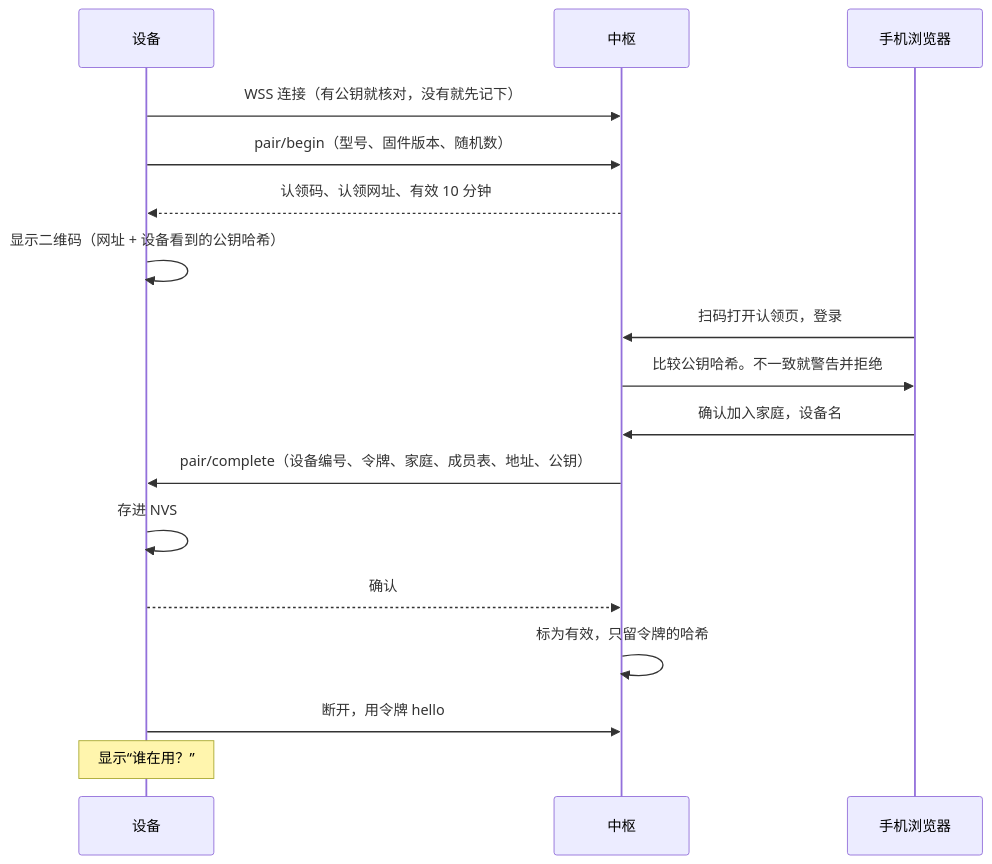
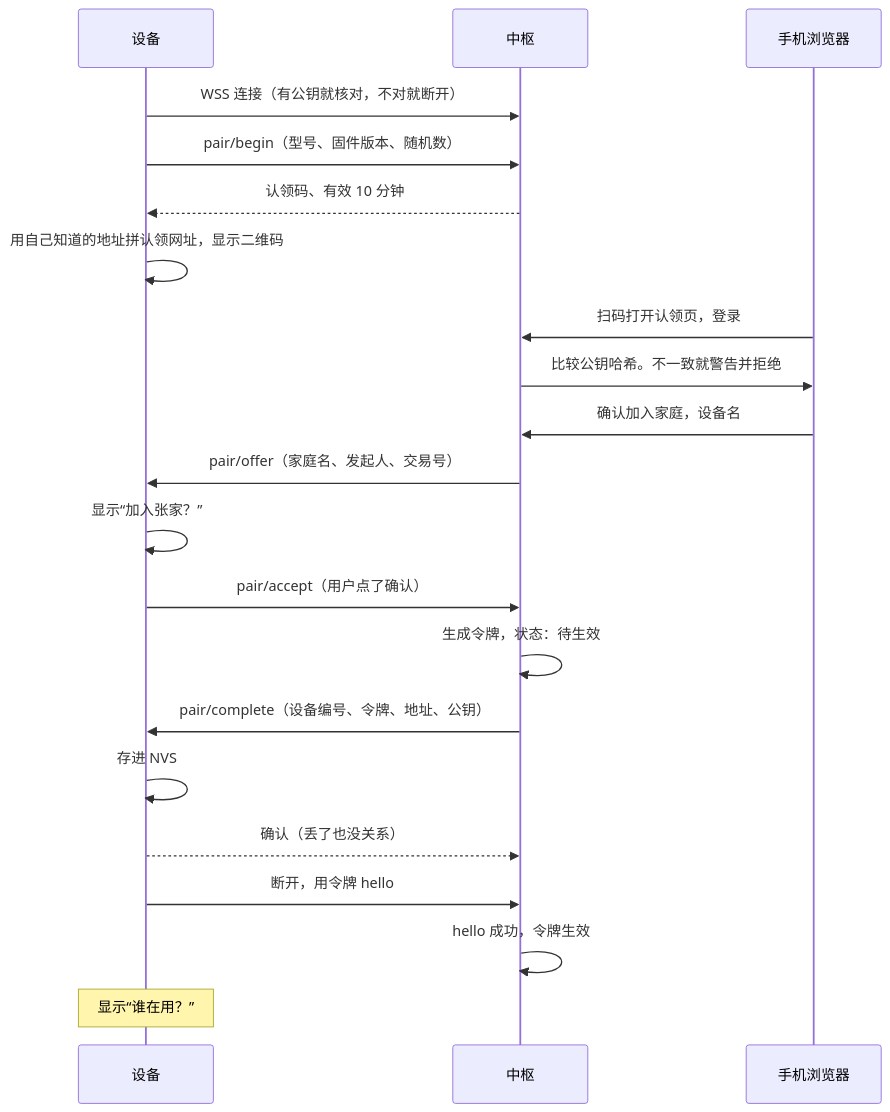
Diagram 12 of 16 in docs/hub/hub-architecture.md (Gidean-zcx/ink), drawn with Mermaid before and after one commit. The commit also changed other lines of this file and 16 other files, not shown here.

````diff
--- a/docs/hub/hub-architecture.md
+++ b/docs/hub/hub-architecture.md
@@ -838,19 +958,23 @@
 ```mermaid
 sequenceDiagram
   participant D as 设备
   participant H as 中枢
   participant P as 手机浏览器
-  D->>H: WSS 连接（有公钥就核对，没有就先记下）
+  D->>H: WSS 连接（有公钥就核对，不对就断开）
   D->>H: pair/begin（型号、固件版本、随机数）
-  H-->>D: 认领码、认领网址、有效 10 分钟
-  D->>D: 显示二维码（网址 + 设备看到的公钥哈希）
+  H-->>D: 认领码、有效 10 分钟
+  D->>D: 用自己知道的地址拼认领网址，显示二维码
   P->>H: 扫码打开认领页，登录
   H->>P: 比较公钥哈希。不一致就警告并拒绝
   P->>H: 确认加入家庭，设备名
-  H->>D: pair/complete（设备编号、令牌、家庭、成员表、地址、公钥）
+  H->>D: pair/offer（家庭名、发起人、交易号）
+  D->>D: 显示“加入张家？”
+  D->>H: pair/accept（用户点了确认）
+  H->>H: 生成令牌，状态：待生效
+  H->>D: pair/complete（设备编号、令牌、地址、公钥）
   D->>D: 存进 NVS
-  D-->>H: 确认
-  H->>H: 标为有效，只留令牌的哈希
+  D-->>H: 确认（丢了也没关系）
   D->>H: 断开，用令牌 hello
+  H->>H: hello 成功，令牌生效
   Note over D: 显示“谁在用？”
 ```
````
